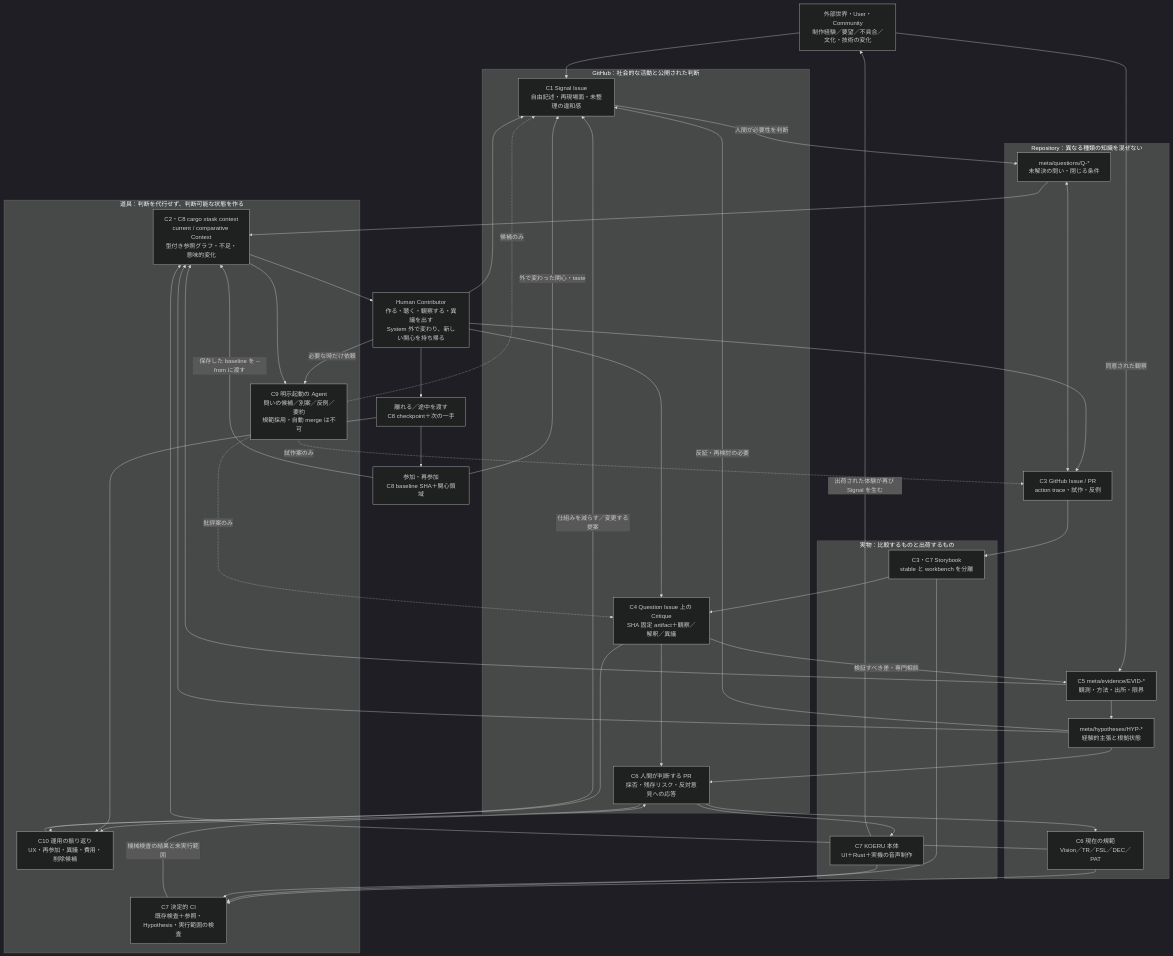
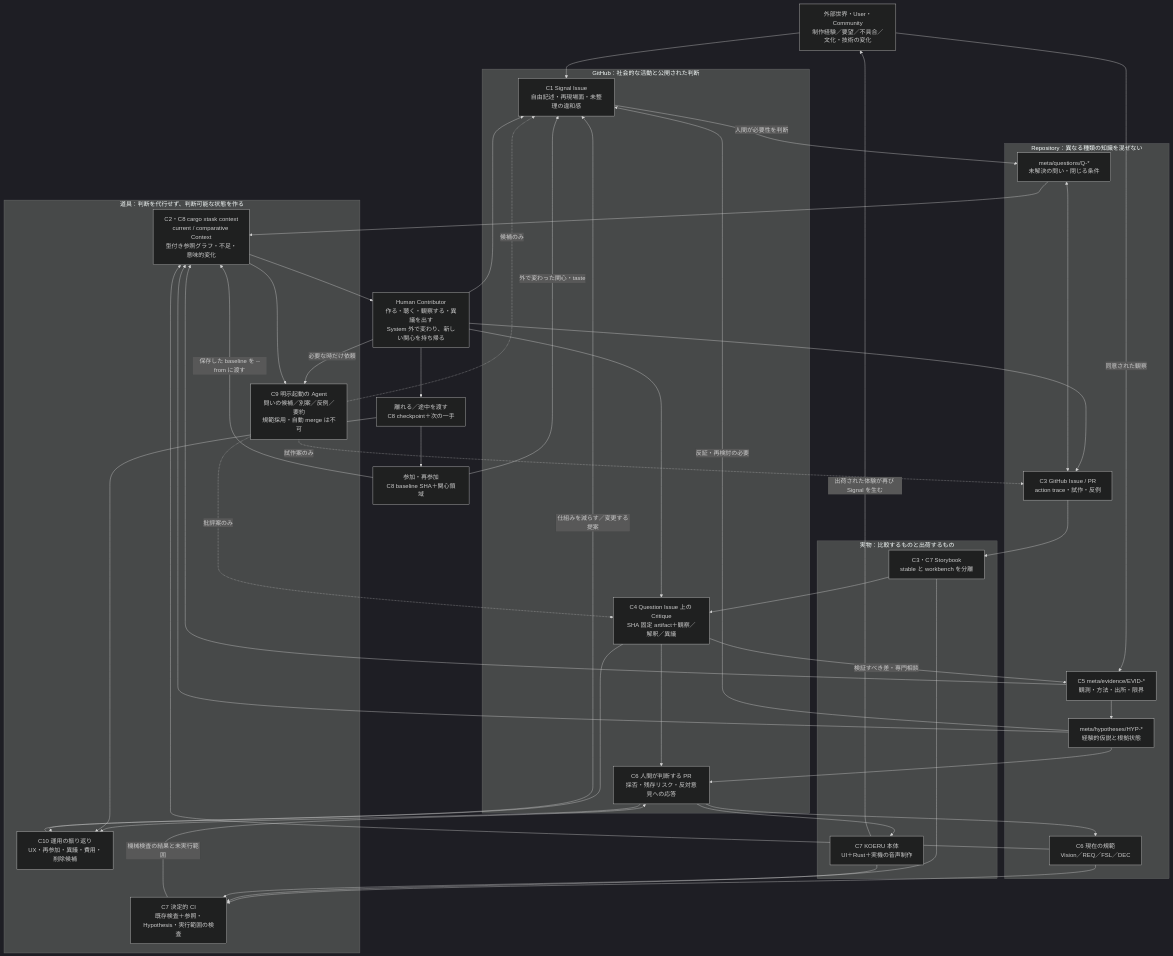
The diagram in docs/reports/design-system/koeru_design_system_proposal_full.md (dino3616/koeru), drawn with Mermaid (dark theme) before and after one commit. The commit also changed other lines of this file, not shown here.

First line of the commit message:
docs(design-system): refine semantic object graph

````diff
--- a/docs/reports/design-system/koeru_design_system_proposal_full.md
+++ b/docs/reports/design-system/koeru_design_system_proposal_full.md
@@ -260,76 +260,76 @@
 ```mermaid
 flowchart TB
   W["外部世界・User・Community<br/>制作経験／要望／不具合／文化・技術の変化"]
   H["Human Contributor<br/>作る・聴く・観察する・異議を出す<br/>System 外で変わり、新しい関心を持ち帰る"]
   LEAVE["離れる／途中を渡す<br/>C8 checkpoint＋次の一手"]
   RETURN["参加・再参加<br/>C8 baseline SHA＋関心領域"]
 
   subgraph GH["GitHub：社会的な活動と公開された判断"]
     S["C1 Signal Issue<br/>自由記述・再現場面・未整理の違和感"]
     CR["C4 Question Issue 上の Critique<br/>SHA 固定 artifact＋観察／解釈／異議"]
     PR["C6 人間が判断する PR<br/>採否・残存リスク・反対意見への応答"]
   end
 
   subgraph REPO["Repository：異なる種類の知識を混ぜない"]
     Q["meta/questions/Q-*<br/>未解決の問い・閉じる条件"]
     X["C3 GitHub Issue / PR<br/>action trace・試作・反例"]
     E["C5 meta/evidence/EVID-*<br/>観測・方法・出所・限界"]
-    CL["meta/hypotheses/HYP-*<br/>経験的主張と根拠状態"]
-    CAN["C6 現在の規範<br/>Vision／TR／FSL／DEC／PAT"]
+    CL["meta/hypotheses/HYP-*<br/>経験的仮説と根拠状態"]
+    CAN["C6 現在の規範<br/>Vision／REQ／FSL／DEC"]
   end
 
   subgraph PRODUCT["実物：比較するものと出荷するもの"]
     SB["C3・C7 Storybook<br/>stable と workbench を分離"]
     APP["C7 KOERU 本体<br/>UI＋Rust＋実機の音声制作"]
   end
 
   subgraph TOOLS["道具：判断を代行せず、判断可能な状態を作る"]
     CTX["C2・C8 cargo xtask context<br/>current / comparative Context<br/>型付き参照グラフ・不足・意味的変化"]
     CI["C7 決定的 CI<br/>既存検査＋参照・Hypothesis・実行範囲の検査"]
     AG["C9 明示起動の Agent<br/>問いの候補／別案／反例／要約<br/>規範採用・自動 merge は不可"]
     HEALTH["C10 運用の振り返り<br/>UX・再参加・異議・費用・削除候補"]
   end
 
   W --> S
   H --> S
   S -->|"人間が必要性を判断"| Q
   Q --> CTX
   CAN --> CTX
   CL --> CTX
   E --> CTX
   CTX --> H
   H --> X
   Q <--> X
   X --> SB
   SB --> CR
   H --> CR
   CR -->|"検証すべき差・専門相談"| E
   W -->|"同意された観察"| E
   E --> CL
   CL -->|"反証・再検討の必要"| S
   CR --> PR
   CL --> PR
   PR --> CAN
   PR --> APP
   CAN --> CI
   SB --> CI
   APP --> CI
   CI -->|"機械検査の結果と未実行範囲"| PR
   APP -->|"出荷された体験が再び Signal を生む"| W
 
   H -->|"必要な時だけ依頼"| AG
   CTX --> AG
   AG -.->|"候補のみ"| S
   AG -.->|"試作案のみ"| X
   AG -.->|"批評案のみ"| CR
 
   H --> LEAVE
   LEAVE --> RETURN
   RETURN -->|"保存した baseline を --from に渡す"| CTX
   RETURN -->|"外で変わった関心・taste"| S
 
   PR --> HEALTH
   LEAVE --> HEALTH
   CR --> HEALTH
   HEALTH -->|"仕組みを減らす／変更する提案"| S
 ```
````
